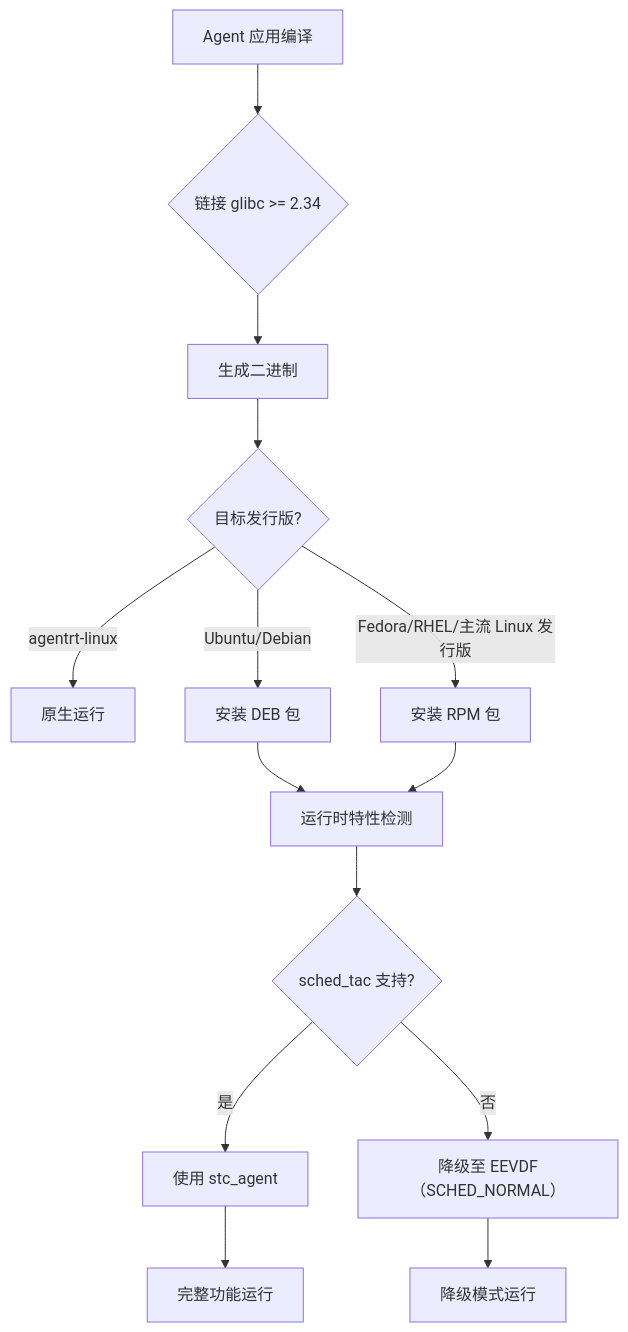
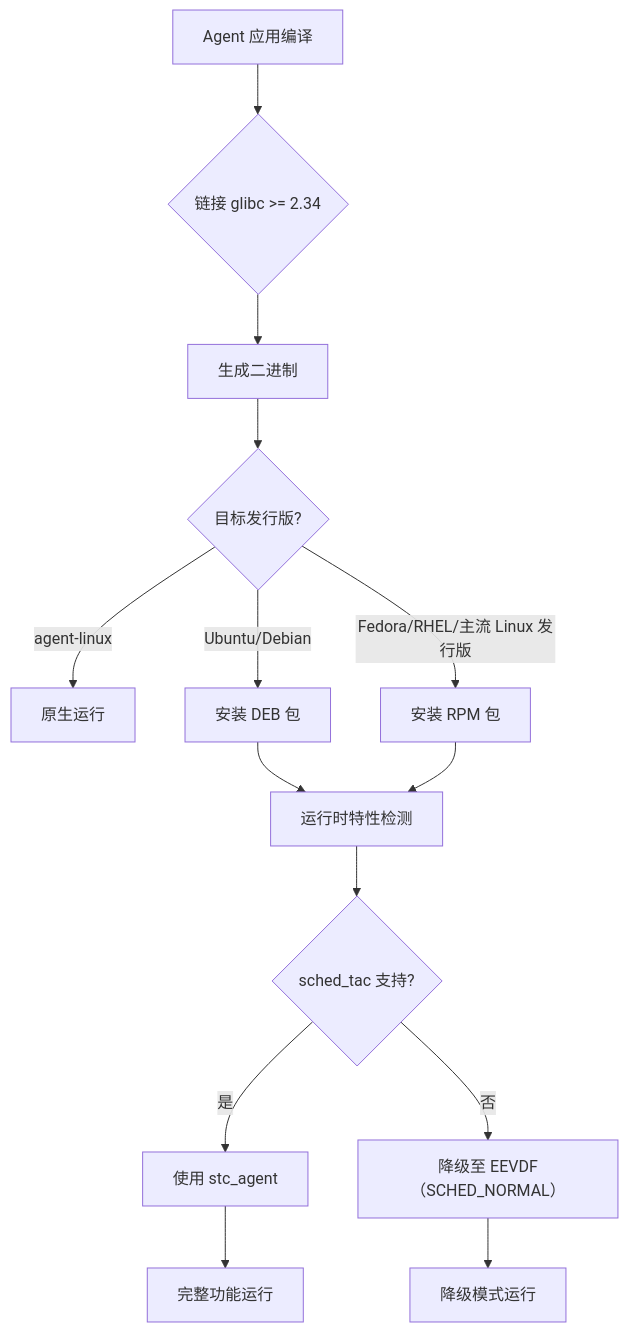
The diagram in 160-compatibility/05-cross-distro.md (openairymax/docs-linux), drawn with Mermaid before and after one commit. The commit also changed other lines of this file and 172 other files, not shown here.

Commit message:
docs: rename agentrt-linux to agent-linux across docs v0.1.3 双工程结构：agentrt-linux 改名 agent-linux。docs 全仓 186 个 文件中的 agentrt-linux 引用统一为 agent-linux（AirymaxOS 工程名/ URL/路径引用；commit hash 与历史不变）。

````diff
--- a/160-compatibility/05-cross-distro.md
+++ b/160-compatibility/05-cross-distro.md
@@ -519,16 +519,16 @@
 ```mermaid
 graph TD
     A[Agent 应用编译] --> B{链接 glibc >= 2.34}
     B --> C[生成二进制]
     C --> D{目标发行版?}
-    D -->|agentrt-linux| E[原生运行]
+    D -->|agent-linux| E[原生运行]
     D -->|Ubuntu/Debian| F[安装 DEB 包]
     D -->|Fedora/RHEL/主流 Linux 发行版| G[安装 RPM 包]
     F --> H[运行时特性检测]
     G --> H
     H --> I{sched_tac 支持?}
     I -->|是| J[使用 stc_agent]
     I -->|否| K[降级至 EEVDF（SCHED_NORMAL）]
     J --> L[完整功能运行]
     K --> M[降级模式运行]
 ```
````
